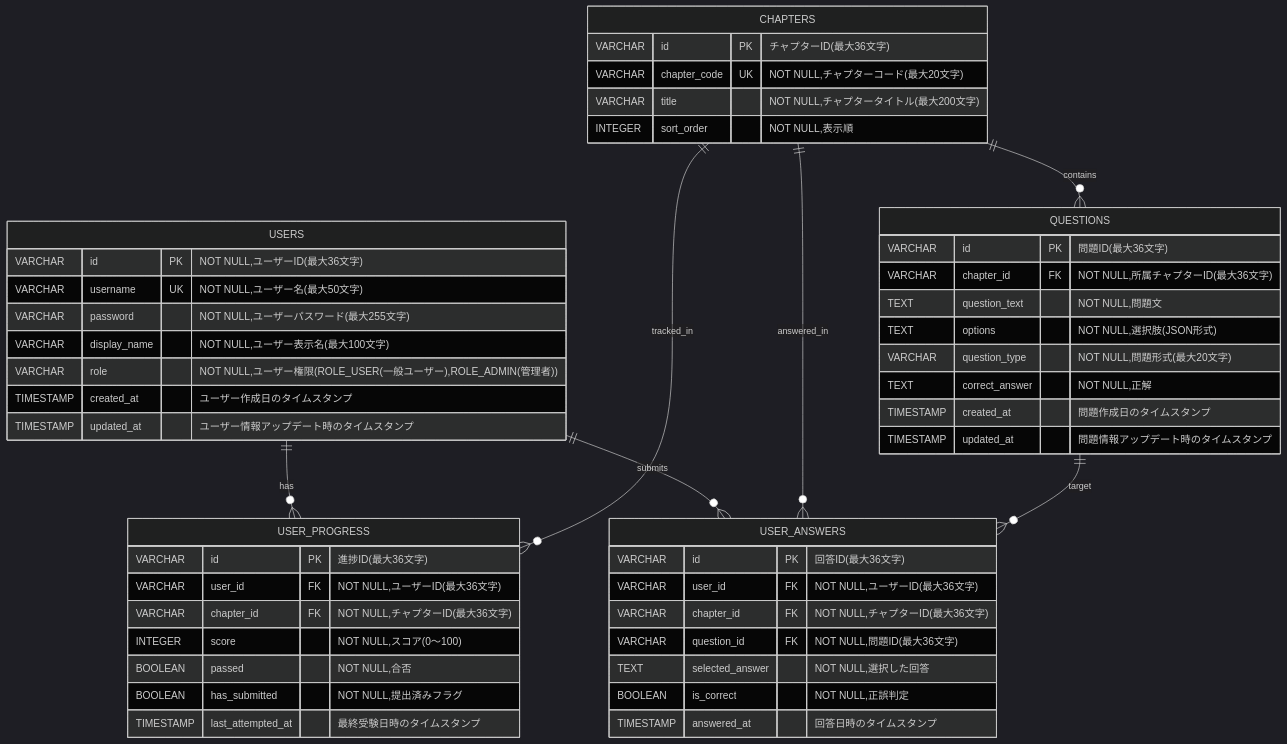
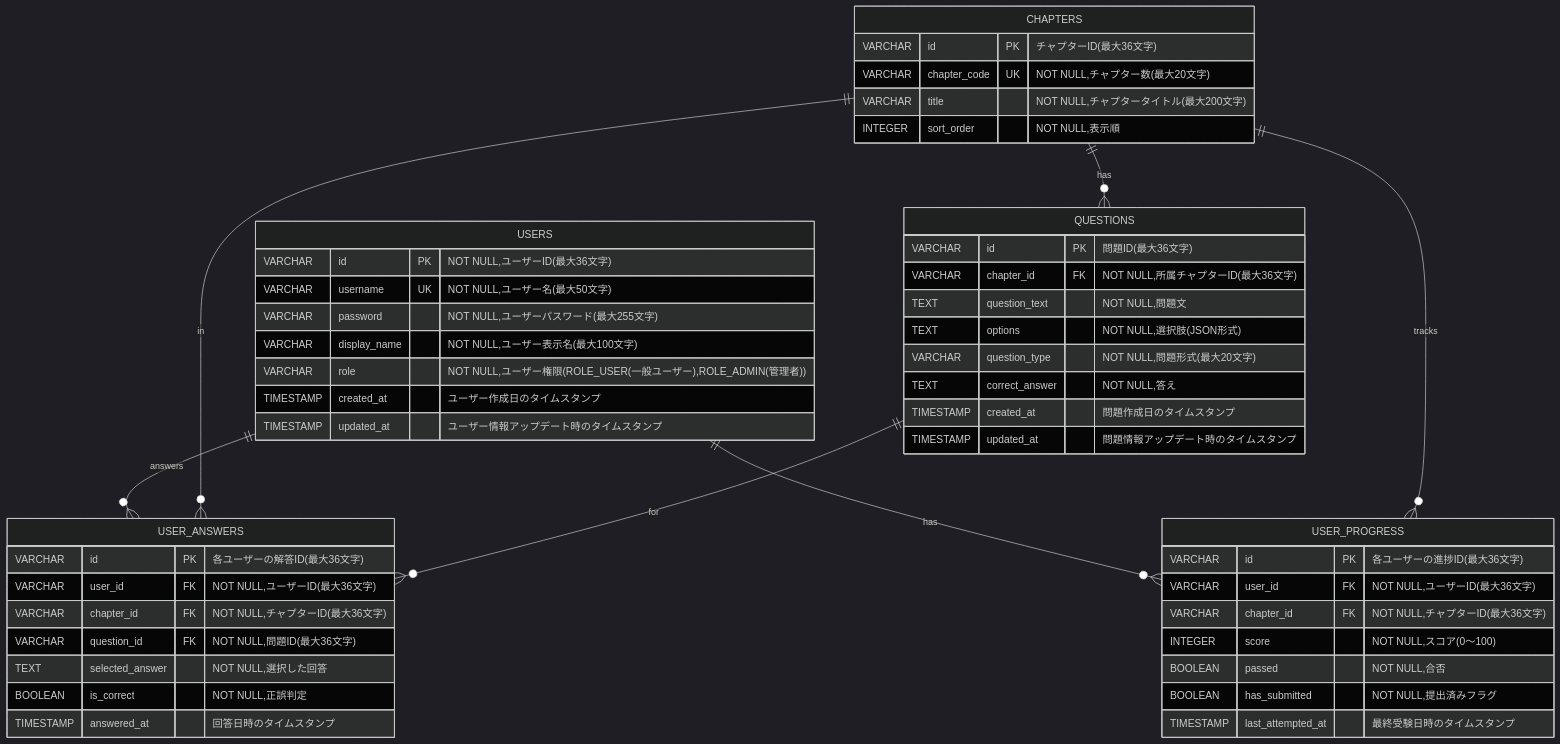
Before and after one commit to Java-exam-2026/team4-java-exam-v2: the diagram in docs/er-diagram.md, drawn with Mermaid (dark theme). The commit also changed other lines of this file, not shown here.

Commit message:
ER図作成

````diff
--- a/docs/er-diagram.md
+++ b/docs/er-diagram.md
@@ -15,57 +15,58 @@
 ```mermaid
 erDiagram
-    USERS ||--o{ USER_PROGRESS : has
-    CHAPTERS ||--o{ USER_PROGRESS : tracked_in
-    CHAPTERS ||--o{ QUESTIONS : contains
-    USERS ||--o{ USER_ANSWERS : submits
-    CHAPTERS ||--o{ USER_ANSWERS : answered_in
-    QUESTIONS ||--o{ USER_ANSWERS : target
-
+    
     USERS {
-        VARCHAR id PK　 "NOT NULL,ユーザーID(最大36文字)"
+        VARCHAR id PK "NOT NULL,ユーザーID(最大36文字)"
         VARCHAR username UK "NOT NULL,ユーザー名(最大50文字)" 
         VARCHAR password "NOT NULL,ユーザーパスワード(最大255文字)"
         VARCHAR display_name "NOT NULL,ユーザー表示名(最大100文字)"
         VARCHAR role "NOT NULL,ユーザー権限(ROLE_USER(一般ユーザー),ROLE_ADMIN(管理者))"
         TIMESTAMP created_at "ユーザー作成日のタイムスタンプ"
         TIMESTAMP updated_at "ユーザー情報アップデート時のタイムスタンプ"
     }
 
     CHAPTERS {
         VARCHAR id PK "チャプターID(最大36文字)"
-        VARCHAR chapter_code UK "NOT NULL,チャプターコード(最大20文字)"
+        VARCHAR chapter_code UK "NOT NULL,チャプター数(最大20文字)"
         VARCHAR title "NOT NULL,チャプタータイトル(最大200文字)"
         INTEGER sort_order "NOT NULL,表示順"
     }
 
     QUESTIONS {
         VARCHAR id PK "問題ID(最大36文字)"
         VARCHAR chapter_id FK "NOT NULL,所属チャプターID(最大36文字)"
         TEXT question_text "NOT NULL,問題文"
         TEXT options "NOT NULL,選択肢(JSON形式)"
         VARCHAR question_type "NOT NULL,問題形式(最大20文字)"
-        TEXT correct_answer "NOT NULL,正解"
+        TEXT correct_answer "NOT NULL,答え"
         TIMESTAMP created_at "問題作成日のタイムスタンプ"
         TIMESTAMP updated_at "問題情報アップデート時のタイムスタンプ"
     }
 
     USER_PROGRESS {
-        VARCHAR id PK "進捗ID(最大36文字)"
+        VARCHAR id PK "各ユーザーの進捗ID(最大36文字)"
         VARCHAR user_id FK "NOT NULL,ユーザーID(最大36文字)"
         VARCHAR chapter_id FK "NOT NULL,チャプターID(最大36文字)"
         INTEGER score "NOT NULL,スコア(0〜100)"
         BOOLEAN passed "NOT NULL,合否"
         BOOLEAN has_submitted "NOT NULL,提出済みフラグ"
         TIMESTAMP last_attempted_at "最終受験日時のタイムスタンプ"
     }
 
     USER_ANSWERS {
-        VARCHAR id PK "回答ID(最大36文字)"
+        VARCHAR id PK "各ユーザーの解答ID(最大36文字)"
         VARCHAR user_id FK "NOT NULL,ユーザーID(最大36文字)"
         VARCHAR chapter_id FK "NOT NULL,チャプターID(最大36文字)"
         VARCHAR question_id FK "NOT NULL,問題ID(最大36文字)"
         TEXT selected_answer "NOT NULL,選択した回答"
         BOOLEAN is_correct "NOT NULL,正誤判定"
         TIMESTAMP answered_at "回答日時のタイムスタンプ"
     }
+
+    CHAPTERS ||--o{ QUESTIONS : has
+    USERS ||--o{ USER_PROGRESS : has
+    CHAPTERS ||--o{ USER_PROGRESS : tracks
+    USERS ||--o{ USER_ANSWERS : answers
+    CHAPTERS ||--o{ USER_ANSWERS : in
+    QUESTIONS ||--o{ USER_ANSWERS : for
 ```
````
